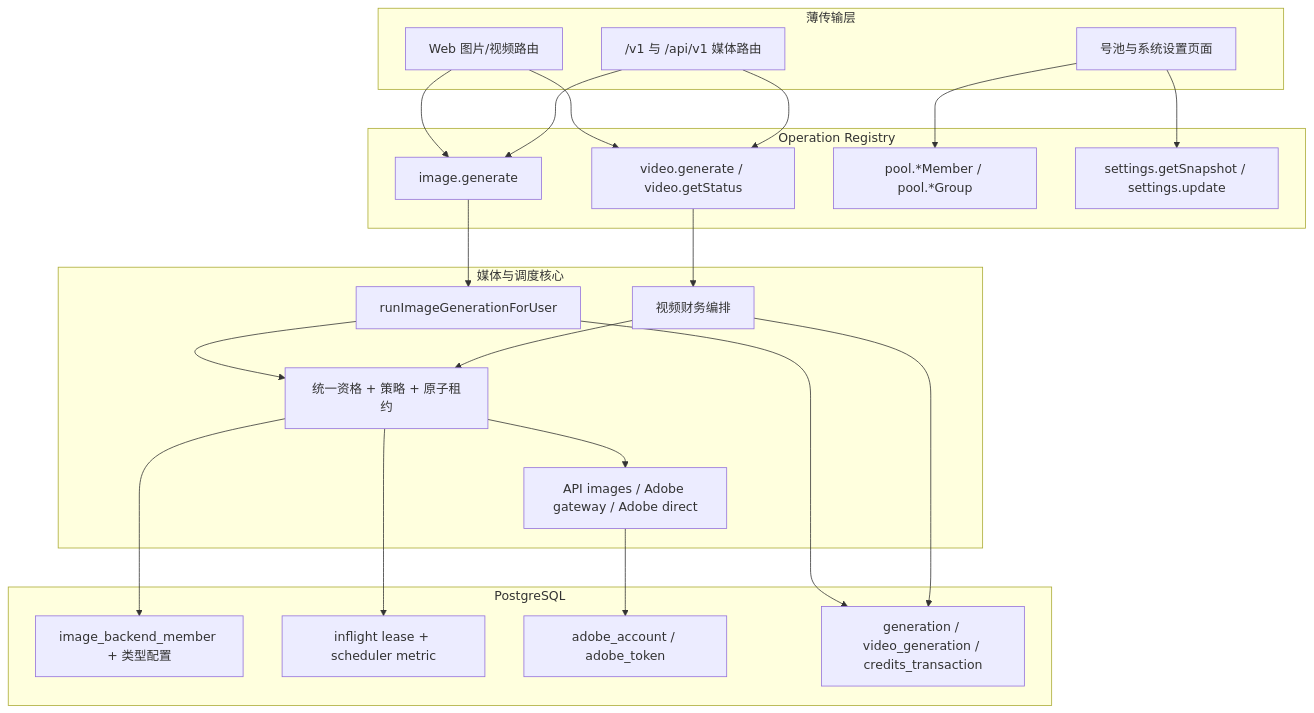
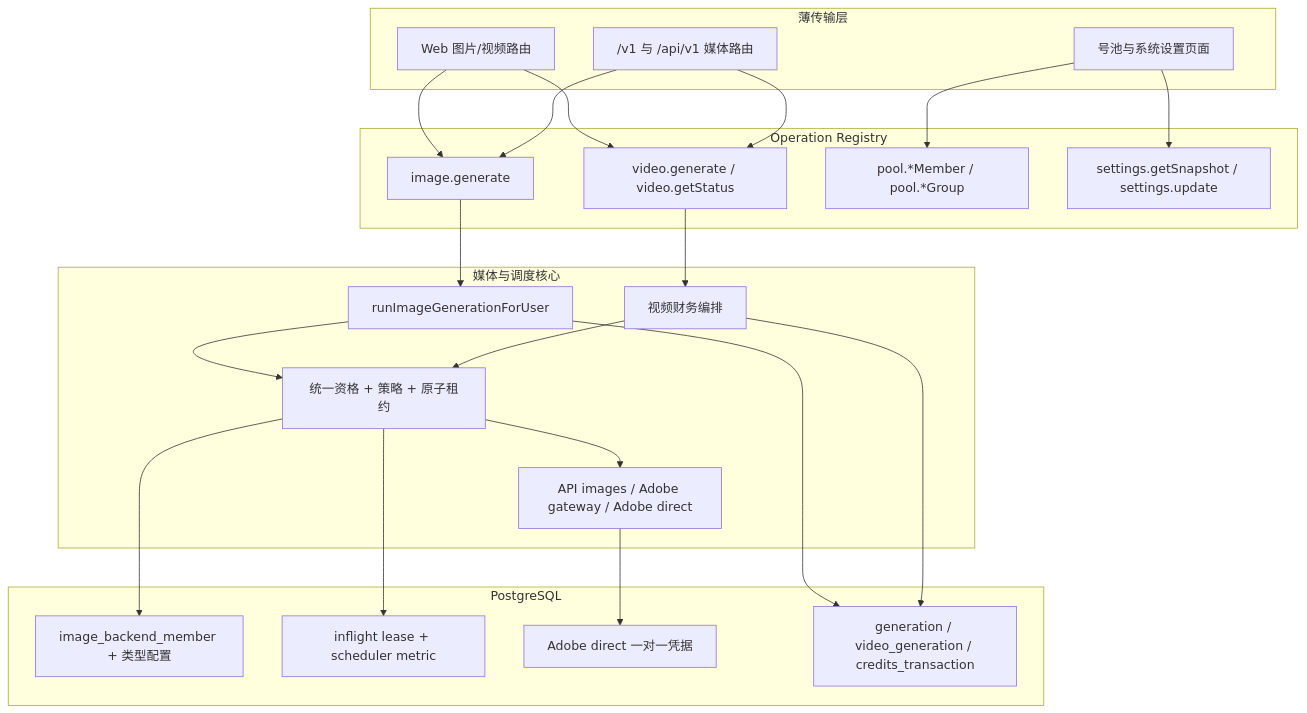
Before and after one commit to FluxCode666/FluxMedia-1: the second of 5 diagrams in docs/plans/2026-07-25-001-refactor-media-backend-pool-plan.md, drawn with Mermaid. The commit also changed other lines of this file and 32 other files, not shown here.

First line of the commit message:
refactor(pool): 移除 Adobe direct 内部子号池

````diff
--- a/docs/plans/2026-07-25-001-refactor-media-backend-pool-plan.md
+++ b/docs/plans/2026-07-25-001-refactor-media-backend-pool-plan.md
@@ -222,40 +223,40 @@
 ```mermaid
 flowchart TB
   subgraph Transport["薄传输层"]
     Web["Web 图片/视频路由"]
     V1["/v1 与 /api/v1 媒体路由"]
     Admin["号池与系统设置页面"]
   end
   subgraph UOL["Operation Registry"]
     ImageOp["image.generate"]
     VideoOp["video.generate / video.getStatus"]
     PoolOp["pool.*Member / pool.*Group"]
     SettingsOp["settings.getSnapshot / settings.update"]
   end
   subgraph Core["媒体与调度核心"]
     ImagePipe["runImageGenerationForUser"]
     VideoPipe["视频财务编排"]
     Scheduler["统一资格 + 策略 + 原子租约"]
     Adapters["API images / Adobe gateway / Adobe direct"]
   end
   subgraph Data["PostgreSQL"]
     Member["image_backend_member + 类型配置"]
     Lease["inflight lease + scheduler metric"]
-    AdobeSubpool["adobe_account / adobe_token"]
+    AdobeDirect["Adobe direct 一对一凭据"]
     MediaHistory["generation / video_generation / credits_transaction"]
   end
   Web --> ImageOp
   Web --> VideoOp
   V1 --> ImageOp
   V1 --> VideoOp
   Admin --> PoolOp
   Admin --> SettingsOp
   ImageOp --> ImagePipe --> Scheduler
   VideoOp --> VideoPipe --> Scheduler
   Scheduler --> Member
   Scheduler --> Lease
   Scheduler --> Adapters
-  Adapters --> AdobeSubpool
+  Adapters --> AdobeDirect
   ImagePipe --> MediaHistory
   VideoPipe --> MediaHistory
 ```
````
